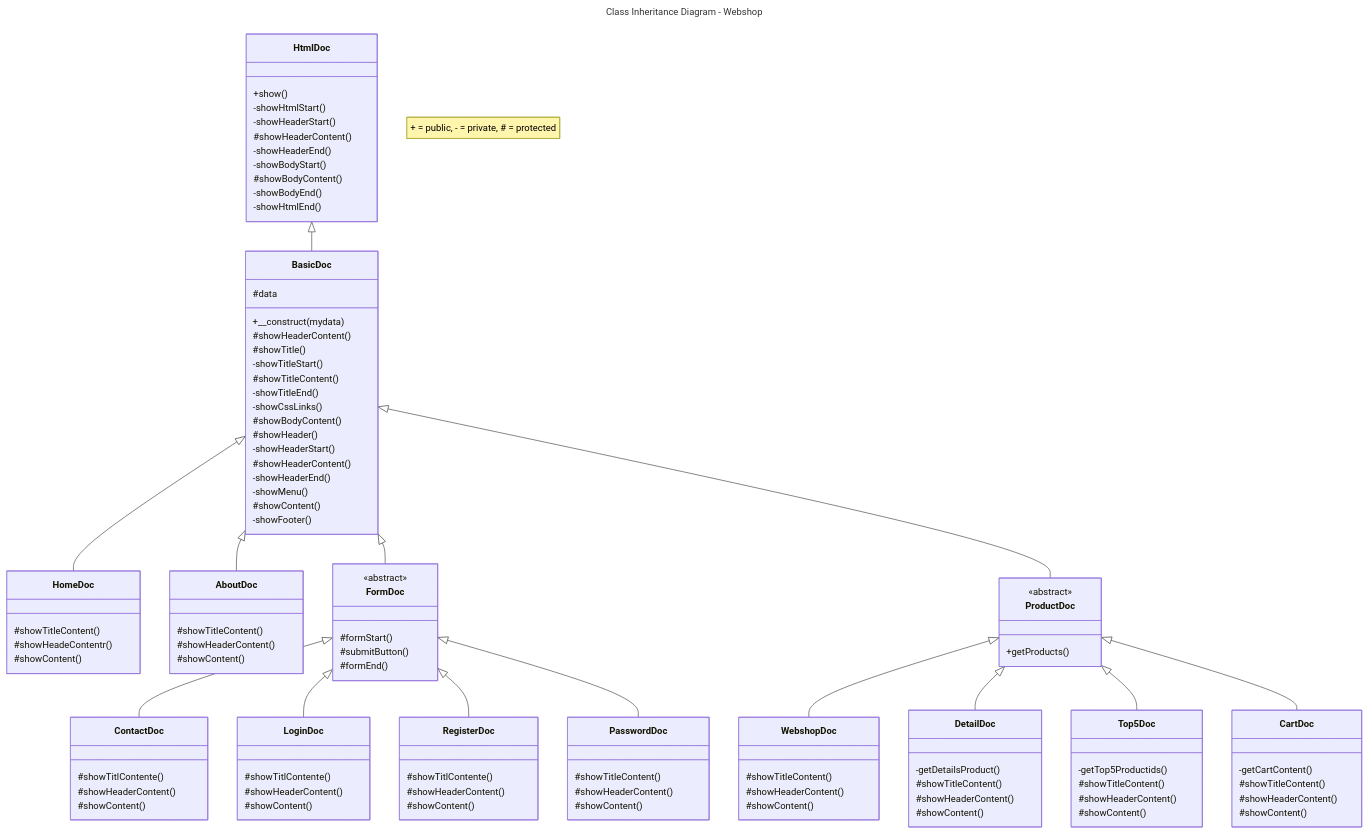
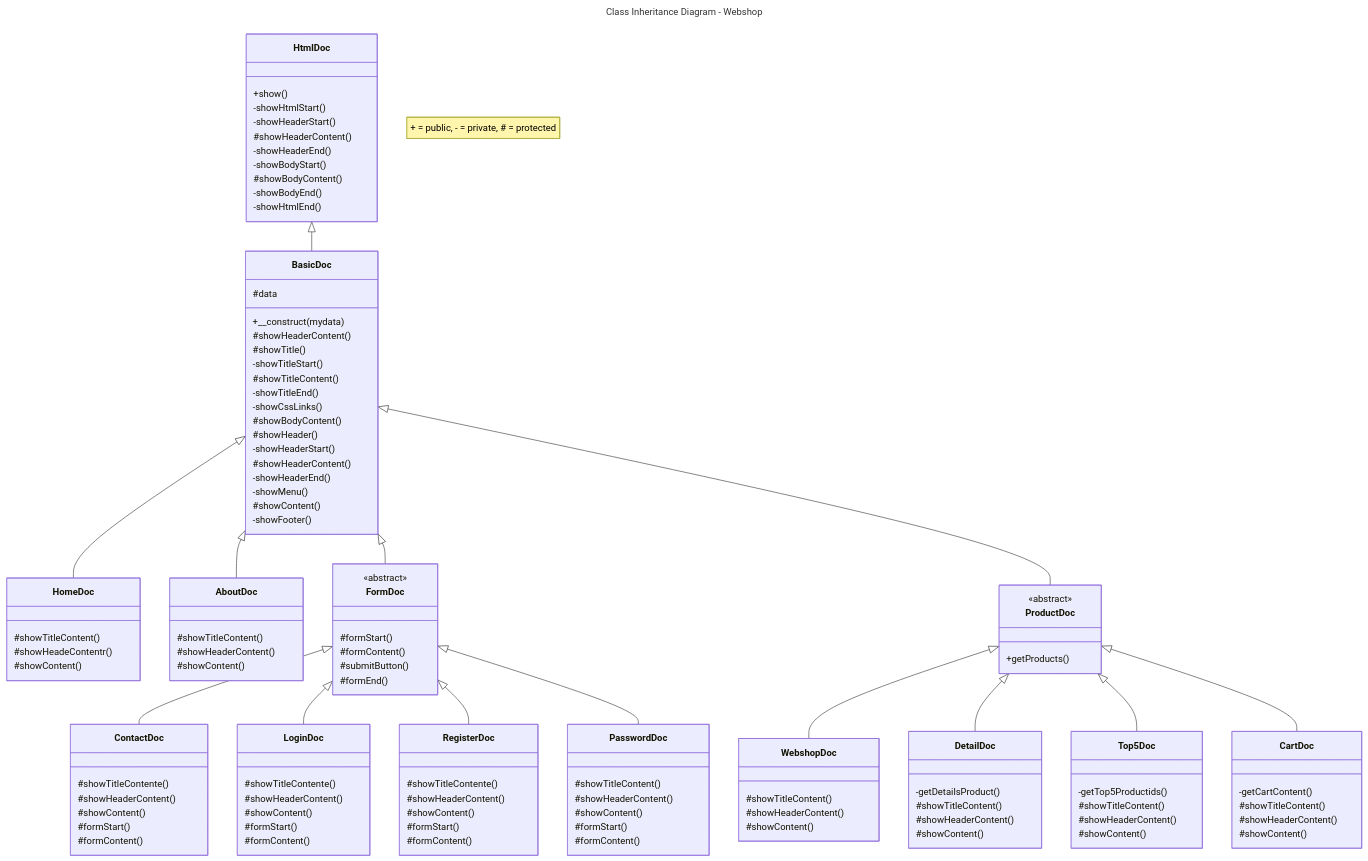
One commit to JeroenHeemskerk/educom-webshop-oop-1708595373 changed the diagram in Diagrams/class-inheritance-diagram-webshop.md. Above: the diagram before and after it, drawn with Mermaid.

```diff
--- a/Diagrams/class-inheritance-diagram-webshop.md
+++ b/Diagrams/class-inheritance-diagram-webshop.md
@@ -64,28 +64,38 @@
     class FormDoc{
         <<abstract>>
         #formStart()
+        #formContent()
         #submitButton()
         #formEnd()
     }
     class ContactDoc{
-        #showTitlContente()
+        #showTitleContente()
         #showHeaderContent()
         #showContent()
+        #formStart()
+        #formContent()
+        
     }
     class LoginDoc{
-        #showTitlContente()
+        #showTitleContente()
         #showHeaderContent()
         #showContent()
+        #formStart()
+        #formContent()
     }
     class RegisterDoc{
-        #showTitlContente()
+        #showTitleContente()
         #showHeaderContent()
         #showContent()
+        #formStart()
+        #formContent()
     }
     class PasswordDoc{
         #showTitleContent()
         #showHeaderContent()
         #showContent()
+        #formStart()
+        #formContent()
     }
 
     class ProductDoc{
```
